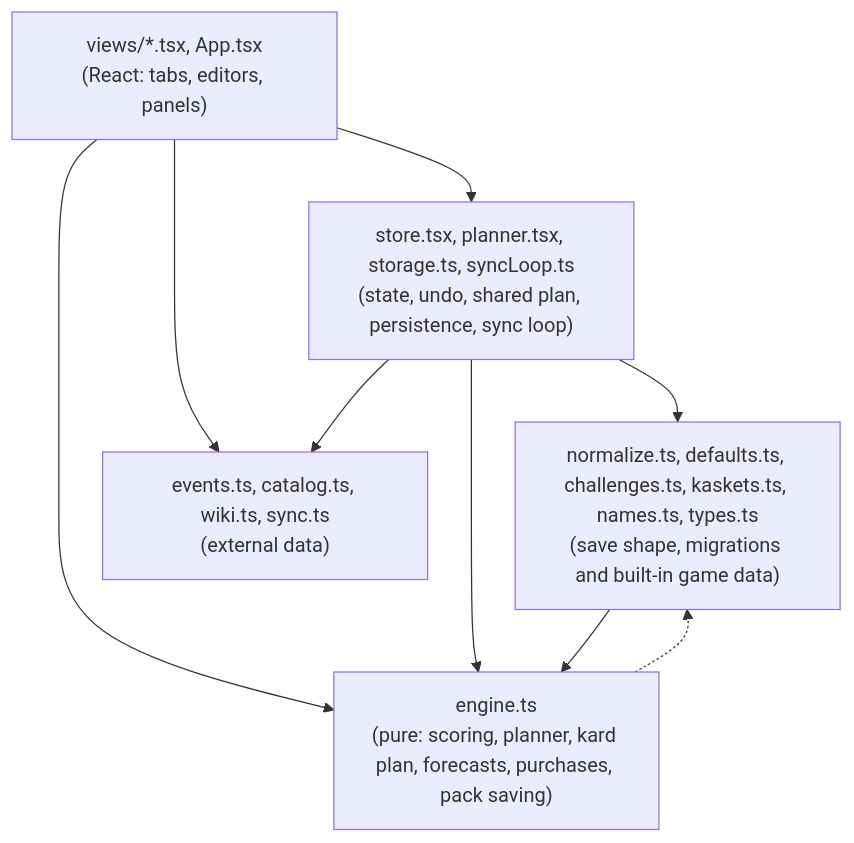
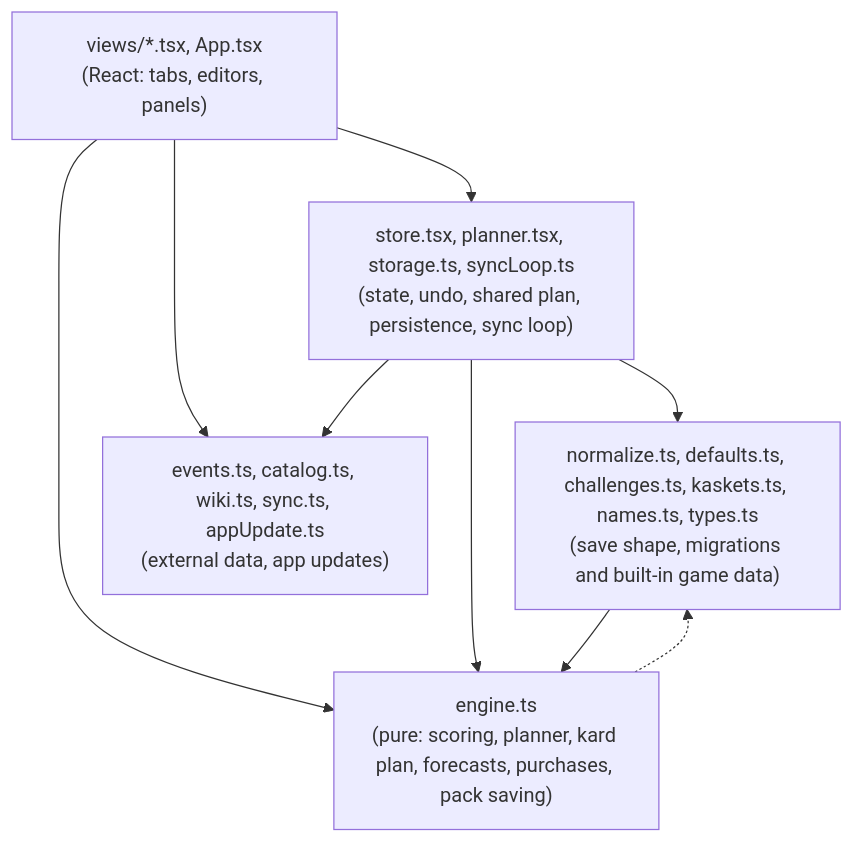
One commit to Simba3696/mkmax changed the second of 3 diagrams in docs/architecture.md. Above: the diagram before and after it, drawn with Mermaid. The commit also changed 1 other file, not shown here.

Commit message:
docs: the big synced file's download error, the version 18 tower spelling step under older saves, and appUpdate.ts in the layers diagram

````diff
--- a/docs/architecture.md
+++ b/docs/architecture.md
@@ -31,16 +31,16 @@
 ```mermaid
 flowchart TB
   Views["views/*.tsx, App.tsx<br/>(React: tabs, editors, panels)"]
   Store["store.tsx, planner.tsx, storage.ts, syncLoop.ts<br/>(state, undo, shared plan, persistence, sync loop)"]
   Engine["engine.ts<br/>(pure: scoring, planner, kard plan, forecasts, purchases, pack saving)"]
   Data["normalize.ts, defaults.ts, challenges.ts, kaskets.ts, names.ts, types.ts<br/>(save shape, migrations and built-in game data)"]
-  Ext["events.ts, catalog.ts, wiki.ts, sync.ts<br/>(external data)"]
+  Ext["events.ts, catalog.ts, wiki.ts, sync.ts, appUpdate.ts<br/>(external data, app updates)"]
   Views --> Store
   Views --> Engine
   Views --> Ext
   Store --> Data
   Store --> Engine
   Store --> Ext
   Data --> Engine
   Engine -.-> Data
 ```
````
